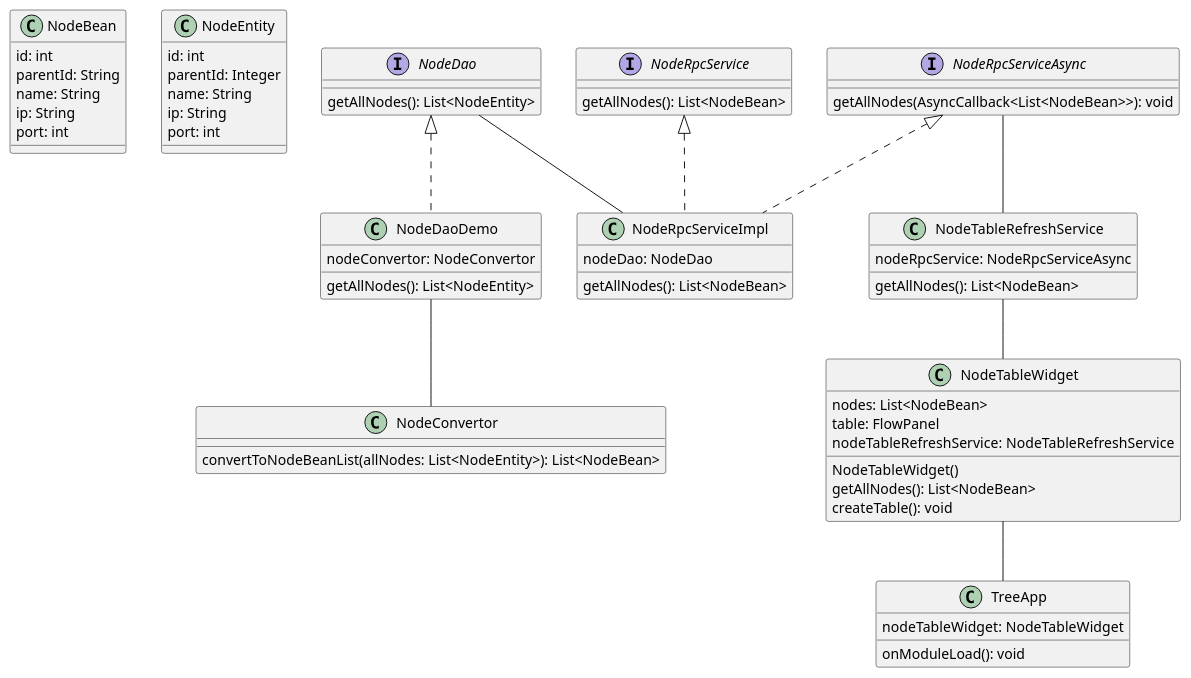
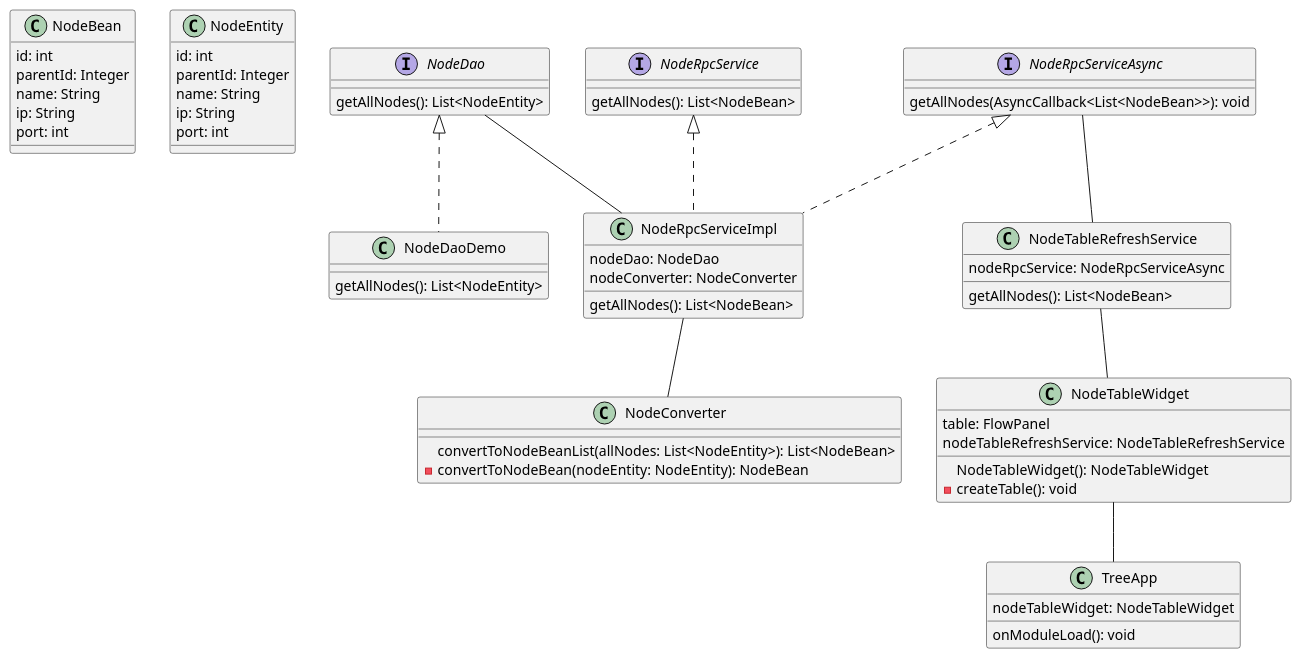
The diagram in docs/class-diagram.puml (dbespa/gwt-tree), drawn with PlantUML before and after one commit. The commit also changed 9 other files, not shown here.

Commit message:
Исправлены диаграммы

```diff
--- a/docs/class-diagram.puml
+++ b/docs/class-diagram.puml
@@ -1,80 +1,76 @@
-@startuml
+@startuml class-diagram
 
 class NodeBean {
     id: int
-    parentId: String
+    parentId: Integer
     name: String
     ip: String
     port: int
 }
 
 class NodeEntity {
     id: int
     parentId: Integer
     name: String
     ip: String
     port: int
 }
 
 interface NodeDao {
     getAllNodes(): List<NodeEntity>    
 }
 
 class NodeDaoDemo {
-    nodeConvertor: NodeConvertor
-
     getAllNodes(): List<NodeEntity>
 }
 
-class NodeConvertor {
+class NodeConverter {
     convertToNodeBeanList(allNodes: List<NodeEntity>): List<NodeBean>
+    -convertToNodeBean(nodeEntity: NodeEntity): NodeBean
 }
 
 class NodeRpcServiceImpl {
     nodeDao: NodeDao
+    nodeConverter: NodeConverter
 
     getAllNodes(): List<NodeBean>
 }
 
 interface NodeRpcService {
     getAllNodes(): List<NodeBean>
 }
 
 interface NodeRpcServiceAsync {
     getAllNodes(AsyncCallback<List<NodeBean>>): void   
 }
 
 class NodeTableRefreshService {
     nodeRpcService: NodeRpcServiceAsync
 
     getAllNodes(): List<NodeBean>
 }
 
 class NodeTableWidget {
-    nodes: List<NodeBean>
     table: FlowPanel
     nodeTableRefreshService: NodeTableRefreshService
 
-    NodeTableWidget()
-    getAllNodes(): List<NodeBean>
-    createTable(): void
+    NodeTableWidget(): NodeTableWidget
+    -createTable(): void
 }
 
 class TreeApp {
     nodeTableWidget: NodeTableWidget
     onModuleLoad(): void
 }
 
 NodeDao <|.. NodeDaoDemo
-
-NodeDaoDemo -- NodeConvertor
-
 NodeRpcService <|.. NodeRpcServiceImpl
 NodeRpcServiceAsync <|.. NodeRpcServiceImpl
 
+NodeRpcServiceImpl -- NodeConverter
 NodeDao -- NodeRpcServiceImpl
 NodeRpcServiceAsync -- NodeTableRefreshService
 NodeTableRefreshService -- NodeTableWidget
 NodeTableWidget -- TreeApp
 
 @enduml
```
